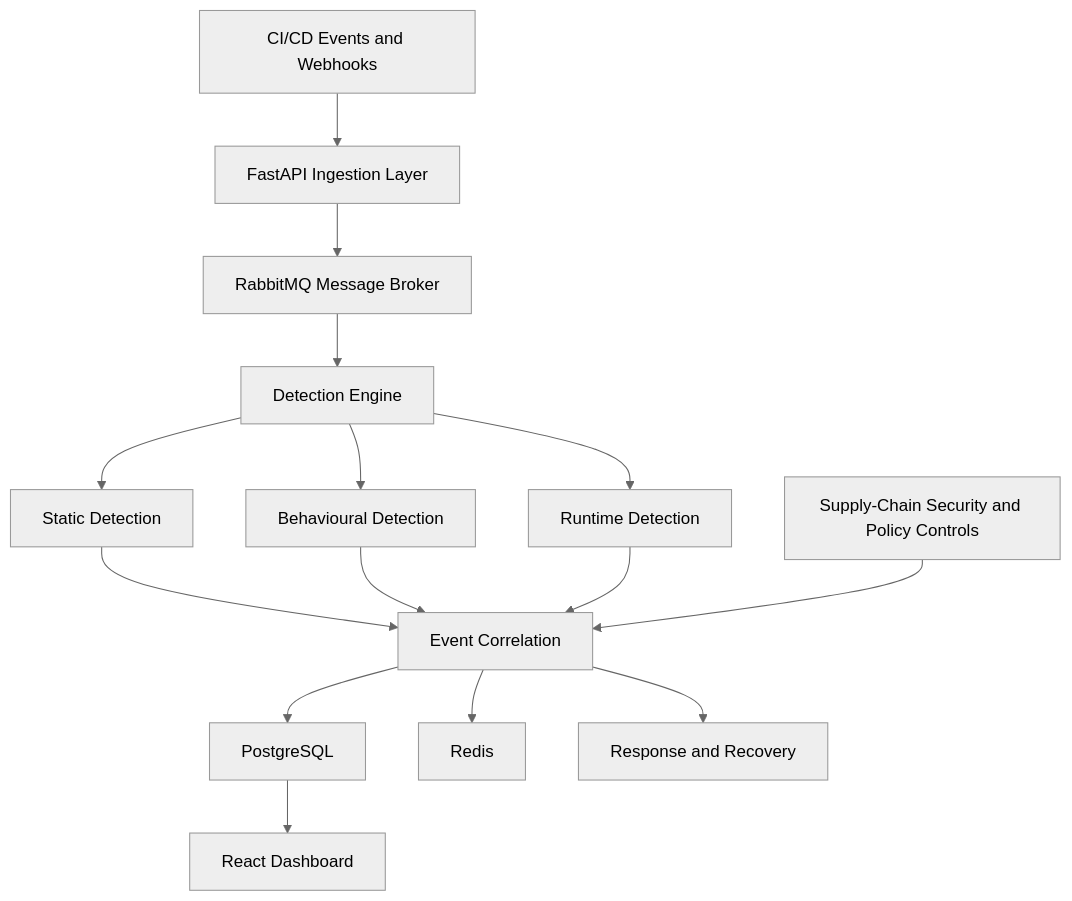
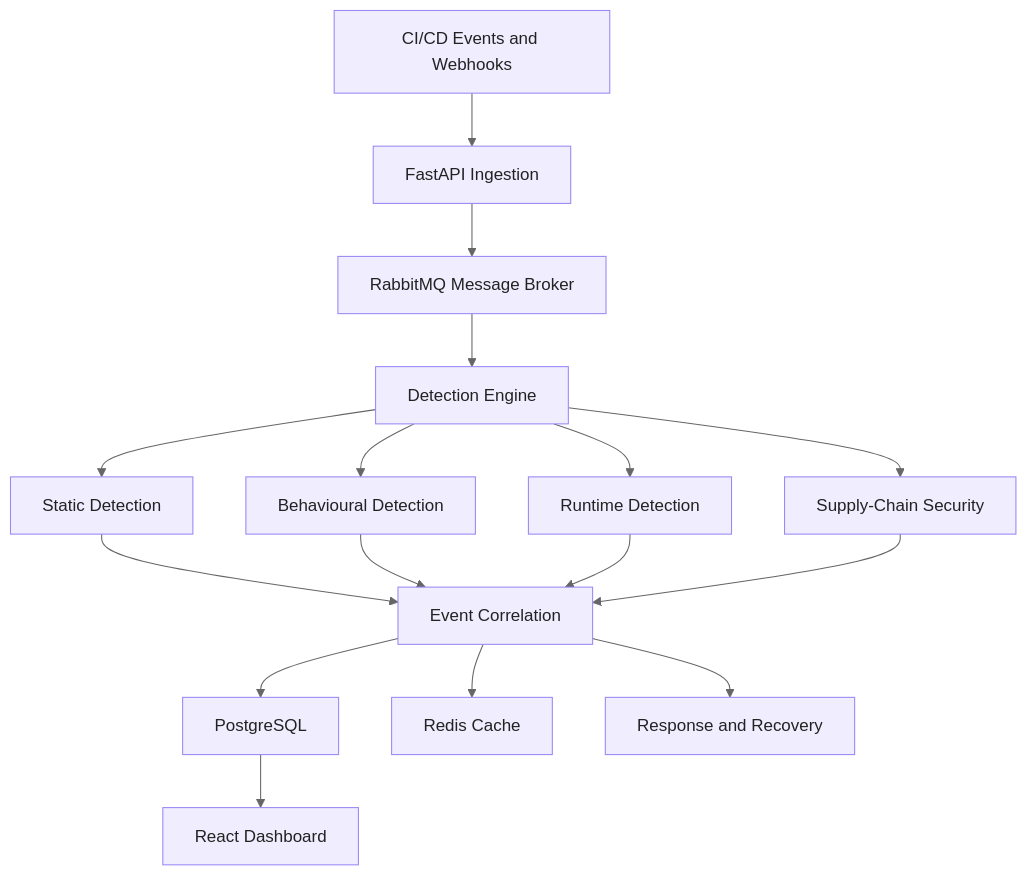
The diagram in README.md (Hp-132/PipelineSentry-DevSecOps), drawn with Mermaid (neutral theme) before and after one commit.

````diff
--- a/README.md
+++ b/README.md
@@ -26,17 +26,25 @@
-```mermaid id="pl8c9d"
+```mermaid
 flowchart TD
-    A[CI/CD Events and Webhooks] --> B[FastAPI Ingestion Layer]
-    B --> C[RabbitMQ Message Broker]
-    C --> D[Detection Engine]
-    D --> E[Static Detection]
-    D --> F[Behavioural Detection]
-    D --> G[Runtime Detection]
-    E --> H[Event Correlation]
-    F --> H
-    G --> H
-    H --> I[PostgreSQL]
-    H --> J[Redis]
-    I --> K[React Dashboard]
-    H --> L[Response and Recovery]
-    M[Supply-Chain Security and Policy Controls] --> H
+    A["CI/CD Events and Webhooks"] --> B["FastAPI Ingestion"]
+    B --> C["RabbitMQ Message Broker"]
+    C --> D["Detection Engine"]
+
+    D --> E["Static Detection"]
+    D --> F["Behavioural Detection"]
+    D --> G["Runtime Detection"]
+    D --> H["Supply-Chain Security"]
+
+    E --> I["Event Correlation"]
+    F --> I
+    G --> I
+    H --> I
+
+    I --> J["PostgreSQL"]
+    I --> K["Redis Cache"]
+    I --> L["Response and Recovery"]
+
+    J --> M["React Dashboard"]
+
+    classDef service fill:#f0edff,stroke:#9b87f5,color:#222222,stroke-width:1px
+    class A,B,C,D,E,F,G,H,I,J,K,L,M service
 ```
````
